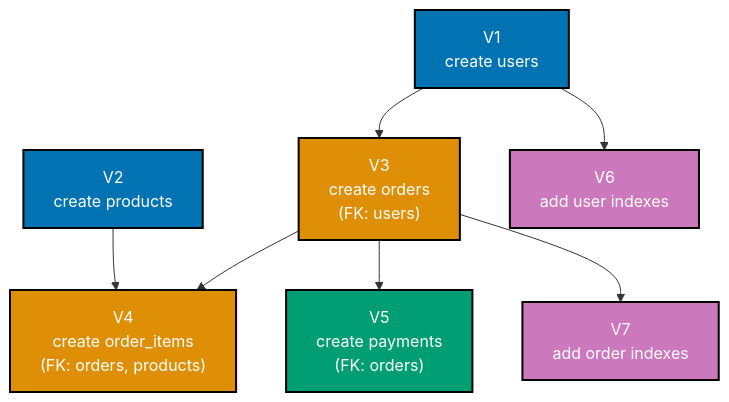
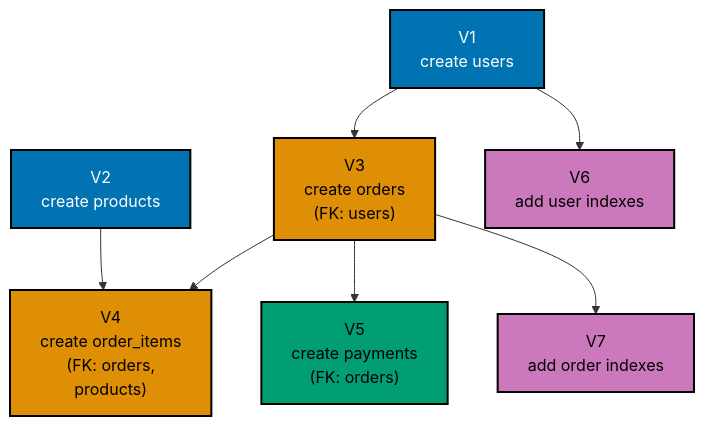
Before and after one commit to wahidyankf/ose-public: the eighth of 9 diagrams in apps/ayokoding-www/content/en/learn/legacy/software-engineering/data/tools/kotlin-flyway/by-example/advanced.md, drawn with Mermaid. The commit also changed other lines of this file and 131 other files, not shown here.

First line of the commit message:
fix(mermaid): bring the legacy data, infrastructure, and testing diagrams onto the accessible palette

````diff
--- a/apps/ayokoding-www/content/en/learn/legacy/software-engineering/data/tools/kotlin-flyway/by-example/advanced.md
+++ b/apps/ayokoding-www/content/en/learn/legacy/software-engineering/data/tools/kotlin-flyway/by-example/advanced.md
@@ -1321,24 +1342,27 @@
 ```mermaid
 %% Color Palette: Blue #0173B2, Orange #DE8F05, Teal #029E73, Purple #CC78BC, Brown #CA9161
 %% Migration dependency graph for a sample schema
 graph TD
-    V1["V1\ncreate users"]:::blue
-    V2["V2\ncreate products"]:::blue
-    V3["V3\ncreate orders\n#40;FK: users#41;"]:::orange
-    V4["V4\ncreate order_items\n#40;FK: orders, products#41;"]:::orange
-    V5["V5\ncreate payments\n#40;FK: orders#41;"]:::teal
-    V6["V6\nadd user indexes"]:::purple
-    V7["V7\nadd order indexes"]:::purple
+    accTitle: Example 80: Migration Dependency Graph
+    accDescr: Graph with 7 nodes and 6 connections. Nodes: V1 create users, V2 create products, V3 create orders 40FK: users41, V4 create order_items 40FK: orders, products41, V5 create payments 40FK: orders41, V6 add user indexes, V7 add order indexes. Connections: V1 create users to V3 create orders 40FK: users41, V2 create products to V4 create order_items 40FK: orders, products41, V3 create orders 40FK: users41 to V4 create order_items 40FK: orders, products41, V3 create orders 40FK: users41 to V5 create payments 40FK: orders41, V1 create users to V6 add user indexes, V3 create orders 40FK: users41 to V7 add order indexes.
+    V1["V1<br/>create users"]:::blue
+    V2["V2<br/>create products"]:::blue
+    V3["V3<br/>create orders<br/>#40;FK: users#41;"]:::orange
+    V4["V4<br/>create order_items<br/>#40;FK: orders,<br/>products#41;"]:::orange
+    V5["V5<br/>create payments<br/>#40;FK: orders#41;"]:::teal
+    V6["V6<br/>add user indexes"]:::purple
+    V7["V7<br/>add order indexes"]:::purple
 
     V1 --> V3
     V2 --> V4
     V3 --> V4
     V3 --> V5
     V1 --> V6
     V3 --> V7
 
     classDef blue fill:#0173B2,stroke:#000000,color:#FFFFFF,stroke-width:2px
-    classDef orange fill:#DE8F05,stroke:#000000,color:#FFFFFF,stroke-width:2px
-    classDef teal fill:#029E73,stroke:#000000,color:#FFFFFF,stroke-width:2px
-    classDef purple fill:#CC78BC,stroke:#000000,color:#FFFFFF,stroke-width:2px
+    classDef orange fill:#DE8F05,stroke:#000000,color:#000000,stroke-width:2px
+    classDef teal fill:#029E73,stroke:#000000,color:#000000,stroke-width:2px
+    classDef purple fill:#CC78BC,stroke:#000000,color:#000000,stroke-width:2px
+    classDef default fill:#FFFFFF,stroke:#000000,color:#000000
 ```
````
